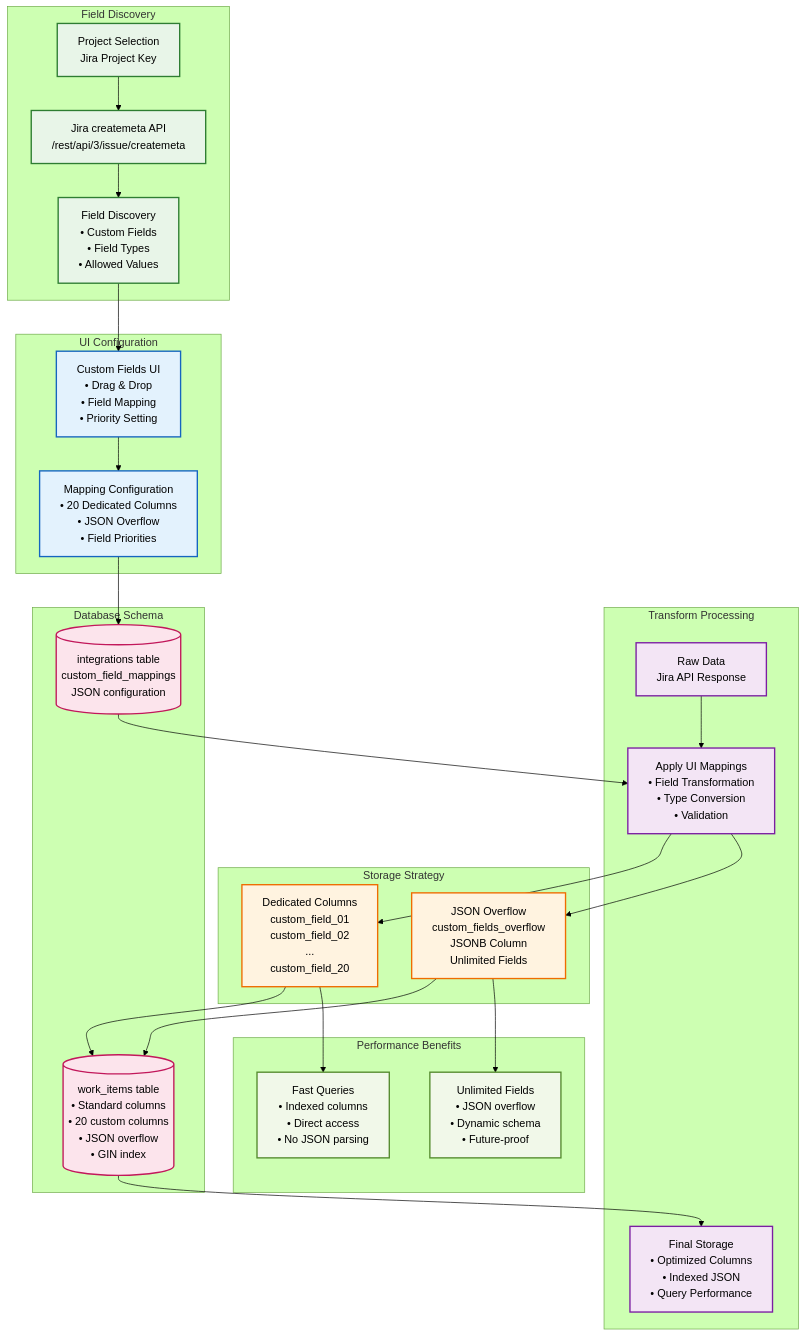
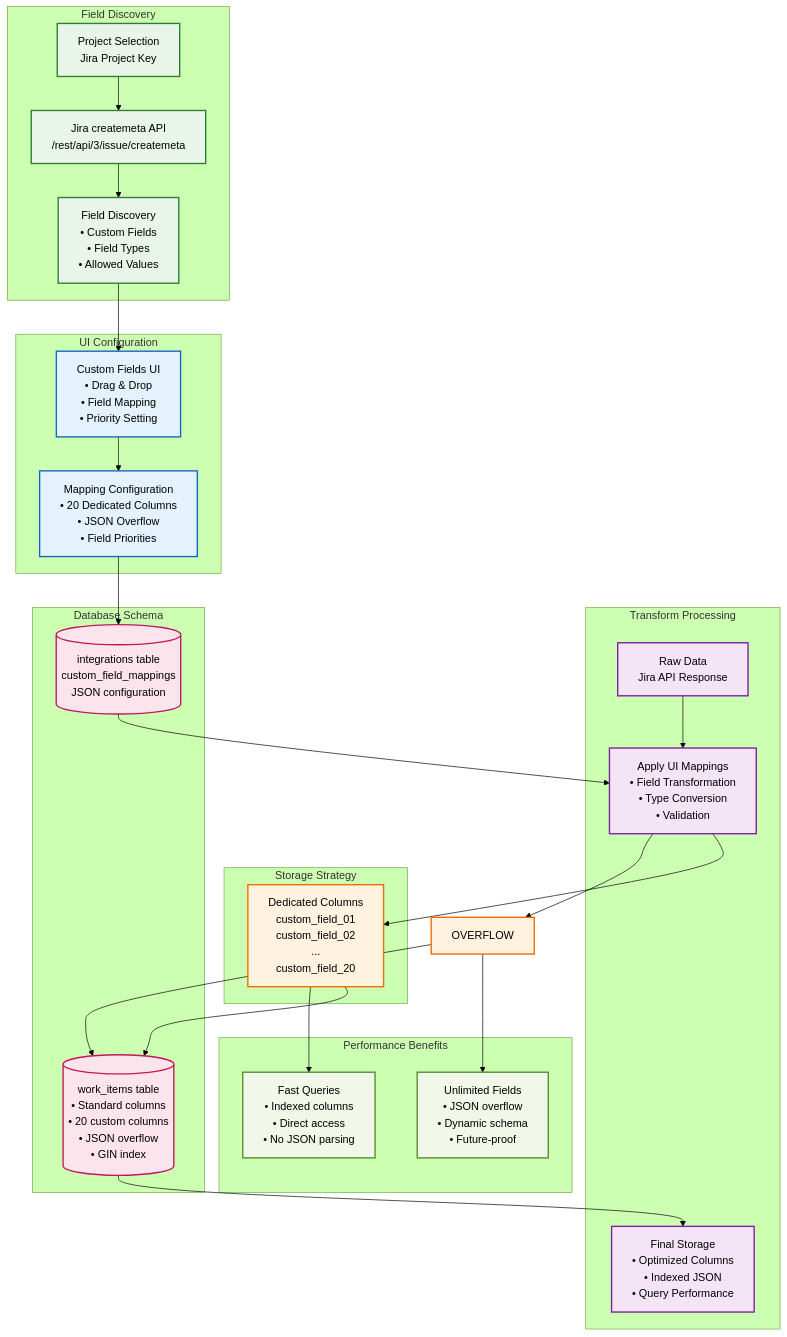
Before and after one commit to gustavoquinelato-wexinc/health-pulse: the third of 7 diagrams in docs/ARCHITECTURE_DIAGRAMS.md, drawn with Mermaid (forest theme). The commit also changed other lines of this file and 12 other files, not shown here.

First line of the commit message:
fix: Remove custom_fields_overflow column and fix ETL transform worker issues

````diff
--- a/docs/ARCHITECTURE_DIAGRAMS.md
+++ b/docs/ARCHITECTURE_DIAGRAMS.md
@@ -172,74 +172,73 @@
 ```mermaid
 graph TD
     %% Discovery Phase
     subgraph "Field Discovery"
         PROJ[Project Selection<br/>Jira Project Key]
         API_CALL[Jira createmeta API<br/>/rest/api/3/issue/createmeta]
         DISCOVER[Field Discovery<br/>• Custom Fields<br/>• Field Types<br/>• Allowed Values]
     end
 
     %% UI Configuration
     subgraph "UI Configuration"
         FIELDS_UI[Custom Fields UI<br/>• Drag & Drop<br/>• Field Mapping<br/>• Priority Setting]
         MAP_CONFIG[Mapping Configuration<br/>• 20 Dedicated Columns<br/>• JSON Overflow<br/>• Field Priorities]
     end
 
     %% Storage Strategy
     subgraph "Storage Strategy"
         DEDICATED[Dedicated Columns<br/>custom_field_01<br/>custom_field_02<br/>...<br/>custom_field_20]
-        OVERFLOW[JSON Overflow<br/>custom_fields_overflow<br/>JSONB Column<br/>Unlimited Fields]
     end
 
     %% Processing Pipeline
     subgraph "Transform Processing"
         EXTRACT_RAW[Raw Data<br/>Jira API Response]
         APPLY_MAPPING[Apply UI Mappings<br/>• Field Transformation<br/>• Type Conversion<br/>• Validation]
         STORE_FINAL[Final Storage<br/>• Optimized Columns<br/>• Indexed JSON<br/>• Query Performance]
     end
 
     %% Database Schema
     subgraph "Database Schema"
         WORK_ITEMS[(work_items table<br/>• Standard columns<br/>• 20 custom columns<br/>• JSON overflow<br/>• GIN index)]
         MAPPINGS[(integrations table<br/>custom_field_mappings<br/>JSON configuration)]
     end
 
     %% Flow
     PROJ --> API_CALL
     API_CALL --> DISCOVER
     DISCOVER --> FIELDS_UI
     FIELDS_UI --> MAP_CONFIG
     MAP_CONFIG --> MAPPINGS
 
     EXTRACT_RAW --> APPLY_MAPPING
     MAPPINGS --> APPLY_MAPPING
     APPLY_MAPPING --> DEDICATED
     APPLY_MAPPING --> OVERFLOW
     DEDICATED --> WORK_ITEMS
     OVERFLOW --> WORK_ITEMS
 
     WORK_ITEMS --> STORE_FINAL
 
     %% Performance Benefits
     subgraph "Performance Benefits"
         FAST_QUERY[Fast Queries<br/>• Indexed columns<br/>• Direct access<br/>• No JSON parsing]
         FLEXIBLE[Unlimited Fields<br/>• JSON overflow<br/>• Dynamic schema<br/>• Future-proof]
     end
 
     DEDICATED --> FAST_QUERY
     OVERFLOW --> FLEXIBLE
 
     %% Styling
     classDef discovery fill:#e8f5e8,stroke:#2e7d32,stroke-width:2px
     classDef ui fill:#e3f2fd,stroke:#1565c0,stroke-width:2px
     classDef storage fill:#fff3e0,stroke:#ef6c00,stroke-width:2px
     classDef processing fill:#f3e5f5,stroke:#7b1fa2,stroke-width:2px
     classDef database fill:#fce4ec,stroke:#c2185b,stroke-width:2px
     classDef benefits fill:#f1f8e9,stroke:#558b2f,stroke-width:2px
 
     class PROJ,API_CALL,DISCOVER discovery
     class FIELDS_UI,MAP_CONFIG ui
     class DEDICATED,OVERFLOW storage
     class EXTRACT_RAW,APPLY_MAPPING,STORE_FINAL processing
     class WORK_ITEMS,MAPPINGS database
     class FAST_QUERY,FLEXIBLE benefits
 ```
````
